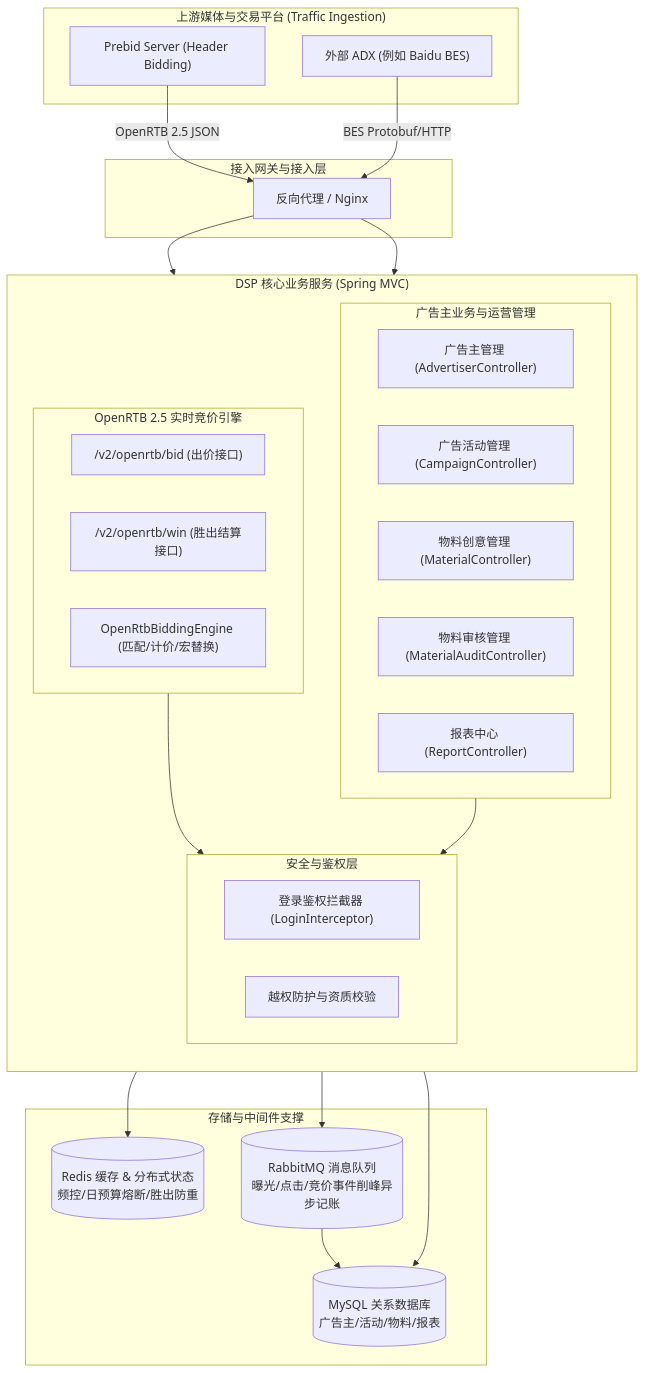
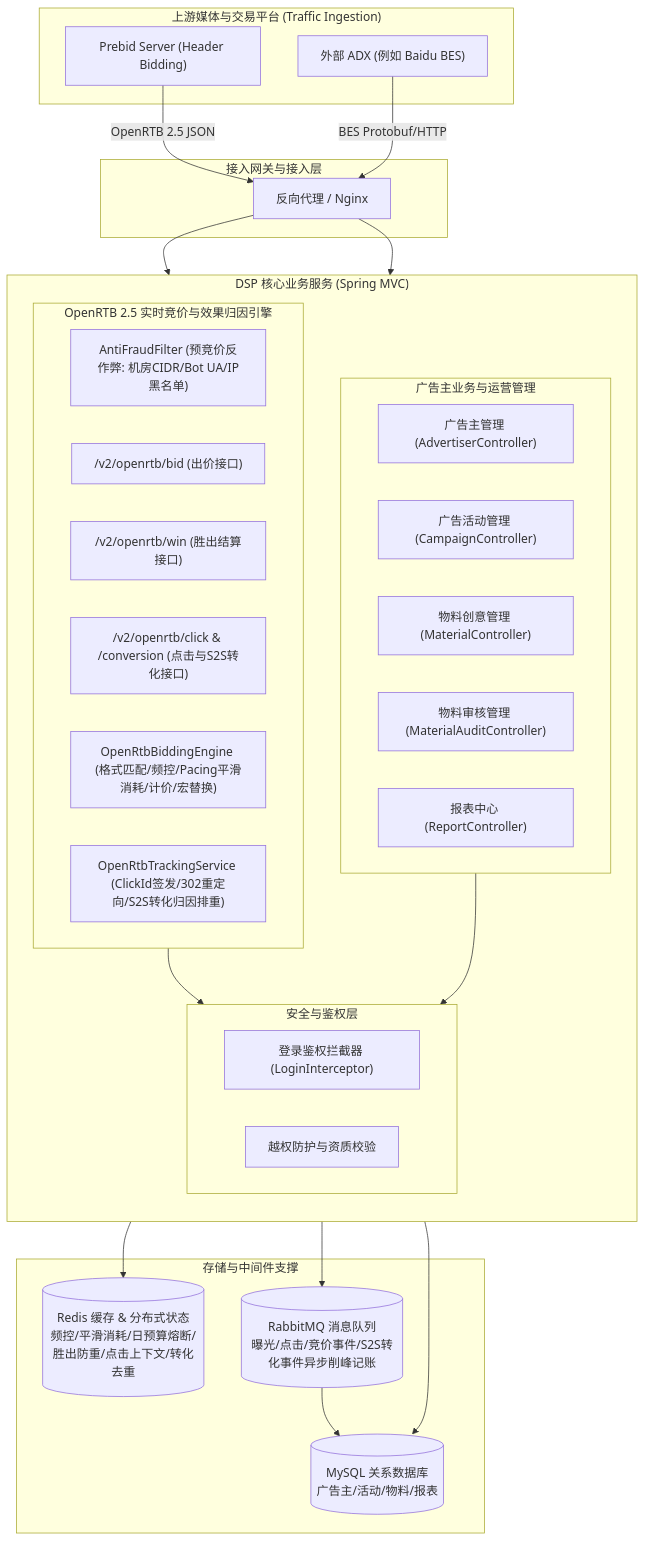
Before and after one commit to asahouse/dsp: the diagram in docs/architecture.md, drawn with Mermaid. The commit also changed other lines of this file and 13 other files, not shown here.

First line of the commit message:
feat(openrtb): 实现 Phase 1 预竞价反作弊/频控/预算平滑消耗与 Phase 2 多媒体格式/点击追踪与 S2S 效果转化归因

````diff
--- a/docs/architecture.md
+++ b/docs/architecture.md
@@ -7,50 +7,53 @@
 ```mermaid
 flowchart TD
     subgraph SSP_ADX ["上游媒体与交易平台 (Traffic Ingestion)"]
         PrebidServer["Prebid Server (Header Bidding)"]
         ADX["外部 ADX (例如 Baidu BES)"]
     end
 
     subgraph Gateway ["接入网关与接入层"]
         Nginx["反向代理 / Nginx"]
     end
 
     subgraph DSP_Core ["DSP 核心业务服务 (Spring MVC)"]
         direction TB
-        subgraph OpenRTB_Module ["OpenRTB 2.5 实时竞价引擎"]
+        subgraph OpenRTB_Module ["OpenRTB 2.5 实时竞价与效果归因引擎"]
+            AntiFraudFilter["AntiFraudFilter (预竞价反作弊: 机房CIDR/Bot UA/IP黑名单)"]
             BidController["/v2/openrtb/bid (出价接口)"]
             WinController["/v2/openrtb/win (胜出结算接口)"]
-            Engine["OpenRtbBiddingEngine (匹配/计价/宏替换)"]
+            TrackingCtrl["/v2/openrtb/click & /conversion (点击与S2S转化接口)"]
+            Engine["OpenRtbBiddingEngine (格式匹配/频控/Pacing平滑消耗/计价/宏替换)"]
+            TrackingService["OpenRtbTrackingService (ClickId签发/302重定向/S2S转化归因排重)"]
         end
 
         subgraph Biz_Module ["广告主业务与运营管理"]
             AdvCtrl["广告主管理 (AdvertiserController)"]
             CampCtrl["广告活动管理 (CampaignController)"]
             MatCtrl["物料创意管理 (MaterialController)"]
             AuditCtrl["物料审核管理 (MaterialAuditController)"]
             ReportCtrl["报表中心 (ReportController)"]
         end
 
         subgraph Security_Filter ["安全与鉴权层"]
             AuthInterceptor["登录鉴权拦截器 (LoginInterceptor)"]
             RbacGuard["越权防护与资质校验"]
         end
     end
 
     subgraph Data_Storage ["存储与中间件支撑"]
         MySQL[("MySQL 关系数据库\n广告主/活动/物料/报表")]
-        Redis[("Redis 缓存 & 分布式状态\n频控/日预算熔断/胜出防重")]
-        RabbitMQ[("RabbitMQ 消息队列\n曝光/点击/竞价事件削峰异步记账")]
+        Redis[("Redis 缓存 & 分布式状态\n频控/平滑消耗/日预算熔断/胜出防重/点击上下文/转化去重")]
+        RabbitMQ[("RabbitMQ 消息队列\n曝光/点击/竞价事件/S2S转化事件异步削峰记账")]
     end
 
     PrebidServer -->|OpenRTB 2.5 JSON| Nginx
     ADX -->|BES Protobuf/HTTP| Nginx
     Nginx --> OpenRTB_Module
     Nginx --> Biz_Module
     OpenRTB_Module --> Security_Filter
     Biz_Module --> Security_Filter
     Security_Filter --> MySQL
     OpenRTB_Module --> Redis
     OpenRTB_Module --> RabbitMQ
     RabbitMQ --> MySQL
 ```
````
